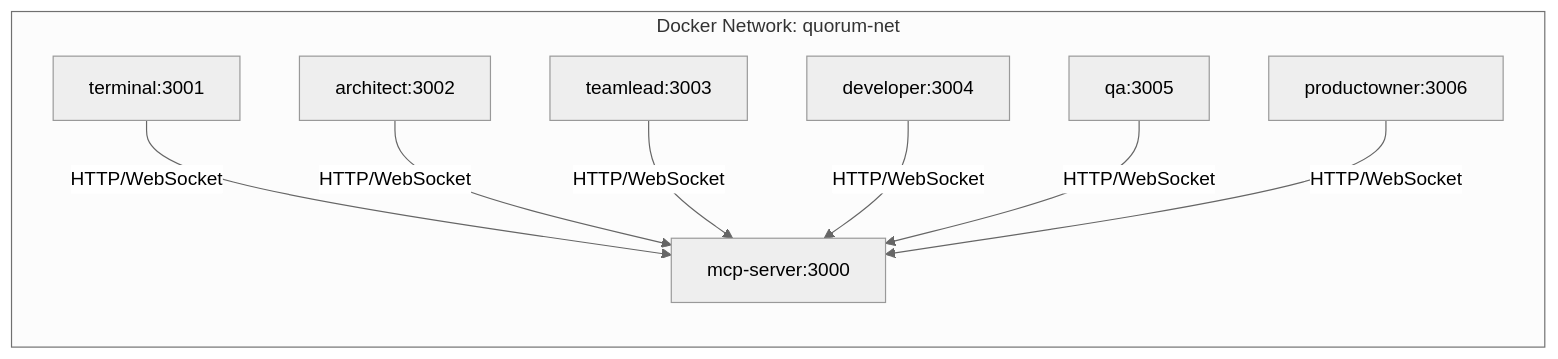
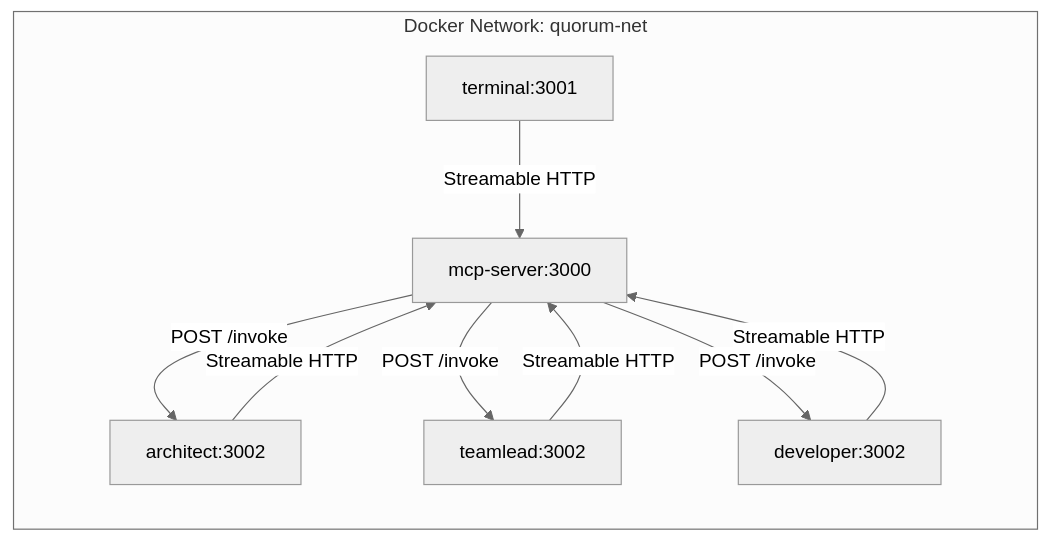
One commit to ia64mail/quorum changed the fifth of 5 diagrams in docs/system-design.md. Above: the diagram before and after it, drawn with Mermaid (neutral theme). The commit also changed other lines of this file and 4 other files, not shown here.

````diff
--- a/docs/system-design.md
+++ b/docs/system-design.md
@@ -391,19 +373,18 @@
 ```mermaid
 graph LR
     subgraph "Docker Network: quorum-net"
         T[terminal:3001]
         M[mcp-server:3000]
         A1[architect:3002]
-        A2[teamlead:3003]
-        A3[developer:3004]
-        A4[qa:3005]
-        A5[productowner:3006]
+        A2[teamlead:3002]
+        A3[developer:3002]
     end
 
-    T -->|HTTP/WebSocket| M
-    A1 -->|HTTP/WebSocket| M
-    A2 -->|HTTP/WebSocket| M
-    A3 -->|HTTP/WebSocket| M
-    A4 -->|HTTP/WebSocket| M
-    A5 -->|HTTP/WebSocket| M
+    T -->|Streamable HTTP| M
+    A1 -->|Streamable HTTP| M
+    A2 -->|Streamable HTTP| M
+    A3 -->|Streamable HTTP| M
+    M -->|POST /invoke| A1
+    M -->|POST /invoke| A2
+    M -->|POST /invoke| A3
 ```
````
